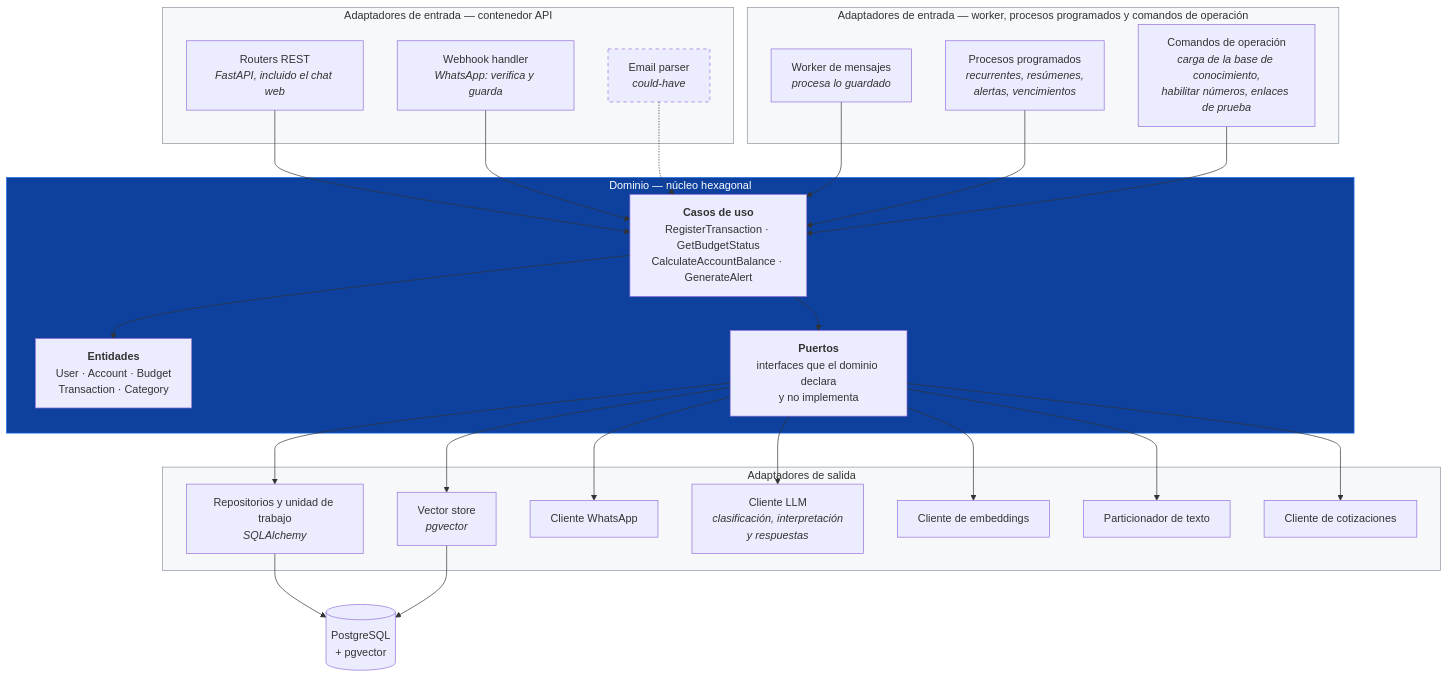
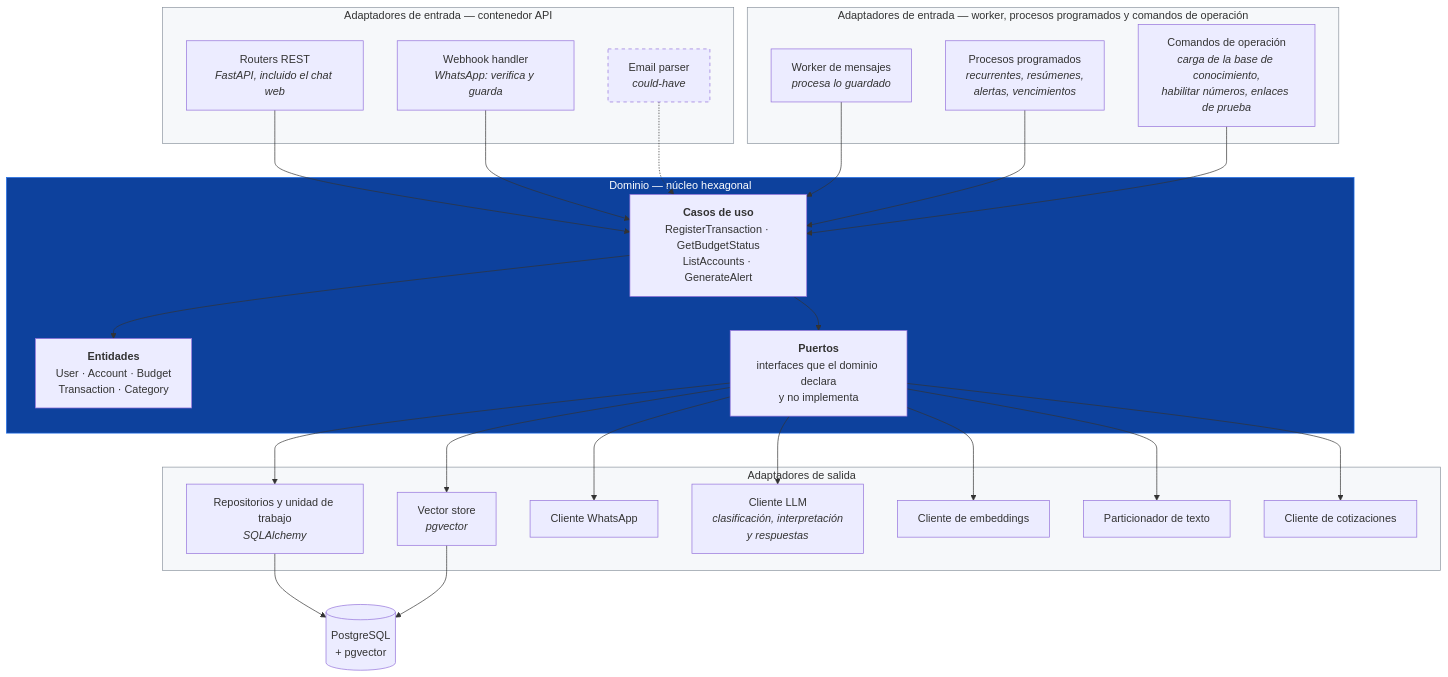
Before and after one commit to verozacarias-prog/AI4Devs-finalproject: the third of 4 diagrams in docs/02-arquitectura.md, drawn with Mermaid. The commit also changed other lines of this file and 14 other files, not shown here.

````diff
--- a/docs/02-arquitectura.md
+++ b/docs/02-arquitectura.md
@@ -86,54 +86,54 @@
 ```mermaid
 flowchart TB
     subgraph INBOUND["Adaptadores de entrada — contenedor API"]
         ROUTERS["Routers REST<br/><i>FastAPI, incluido el chat web</i>"]
         HOOK["Webhook handler<br/><i>WhatsApp: verifica y guarda</i>"]
         PARSE["Email parser<br/><i>could-have</i>"]
     end
 
     subgraph WORKERBOX["Adaptadores de entrada — worker, procesos programados y comandos de operación"]
         MSGWK["Worker de mensajes<br/><i>procesa lo guardado</i>"]
         SCHED["Procesos programados<br/><i>recurrentes, resúmenes,<br/>alertas, vencimientos</i>"]
         CLI["Comandos de operación<br/><i>carga de la base de conocimiento,<br/>habilitar números, enlaces de prueba</i>"]
     end
 
     subgraph DOMAIN["Dominio — núcleo hexagonal"]
-        UC["<b>Casos de uso</b><br/>RegisterTransaction · GetBudgetStatus<br/>CalculateAccountBalance · GenerateAlert"]
+        UC["<b>Casos de uso</b><br/>RegisterTransaction · GetBudgetStatus<br/>ListAccounts · GenerateAlert"]
         ENT["<b>Entidades</b><br/>User · Account · Budget<br/>Transaction · Category"]
         PORTS["<b>Puertos</b><br/>interfaces que el dominio declara<br/>y no implementa"]
     end
 
     subgraph OUTBOUND["Adaptadores de salida"]
         REPO["Repositorios y unidad de trabajo<br/><i>SQLAlchemy</i>"]
         VECADAPT["Vector store<br/><i>pgvector</i>"]
         WACLIENT["Cliente WhatsApp"]
         LLMCLIENT["Cliente LLM<br/><i>clasificación, interpretación<br/>y respuestas</i>"]
         EMBCLIENT["Cliente de embeddings"]
         SPLIT["Particionador de texto"]
         FXCLIENT["Cliente de cotizaciones"]
     end
 
     DB[("PostgreSQL<br/>+ pgvector")]
 
     ROUTERS --> UC
     HOOK --> UC
     MSGWK --> UC
     SCHED --> UC
     CLI --> UC
     PARSE -.-> UC
     UC --> ENT
     UC --> PORTS
     PORTS --> REPO --> DB
     PORTS --> VECADAPT --> DB
     PORTS --> WACLIENT
     PORTS --> LLMCLIENT
     PORTS --> EMBCLIENT
     PORTS --> SPLIT
     PORTS --> FXCLIENT
 
     style DOMAIN fill:#0d419d,stroke:#1f6feb,color:#fff
     style INBOUND fill:#f6f8fa,stroke:#8b949e
     style WORKERBOX fill:#f6f8fa,stroke:#8b949e
     style OUTBOUND fill:#f6f8fa,stroke:#8b949e
     style PARSE stroke-dasharray: 5 5
 ```
````
